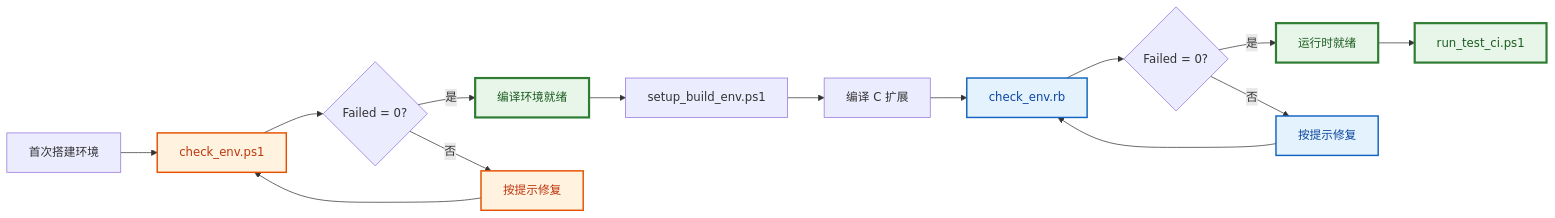
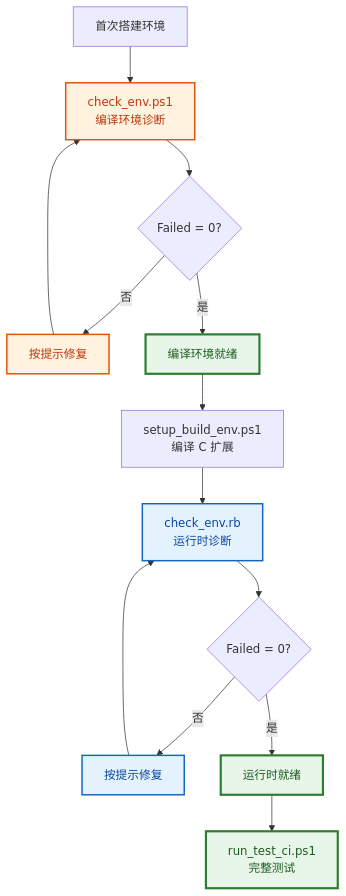
Before and after one commit to PassByYou888/LingoFuse: the tenth of 23 diagrams in ruby/README.md, drawn with Mermaid. The commit also changed other lines of this file, not shown here.

````diff
--- a/ruby/README.md
+++ b/ruby/README.md
@@ -551,27 +504,24 @@
 ```mermaid
-flowchart LR
-    A["首次搭建环境"] --> B["check_env.ps1"]
-    B --> C{"Failed = 0?"}
-    C -- "是" --> D["编译环境就绪"]
-    C -- "否" --> E["按提示修复"]
-    E --> B
-
-    D --> F["setup_build_env.ps1"]
-    F --> G["编译 C 扩展"]
-
-    G --> H["check_env.rb"]
-    H --> I{"Failed = 0?"}
-    I -- "是" --> J["运行时就绪"]
-    I -- "否" --> K["按提示修复"]
-    K --> H
-
-    J --> L["run_test_ci.ps1"]
+flowchart TD
+    Start["首次搭建环境"] --> CE1["check_env.ps1<br/>编译环境诊断"]
+    CE1 --> Q1{"Failed = 0?"}
+    Q1 -->|"否"| Fix1["按提示修复"]
+    Fix1 --> CE1
+    Q1 -->|"是"| Ready1["编译环境就绪"]
+    Ready1 --> Setup["setup_build_env.ps1<br/>编译 C 扩展"]
+    Setup --> CE2["check_env.rb<br/>运行时诊断"]
+    CE2 --> Q2{"Failed = 0?"}
+    Q2 -->|"否"| Fix2["按提示修复"]
+    Fix2 --> CE2
+    Q2 -->|"是"| Ready2["运行时就绪"]
+    Ready2 --> Test["run_test_ci.ps1<br/>完整测试"]
 
     classDef build fill:#FFF3E0,stroke:#E65100,stroke-width:2px,color:#BF360C
     classDef run fill:#E3F2FD,stroke:#1565C0,stroke-width:2px,color:#0D47A1
     classDef ok fill:#E8F5E9,stroke:#2E7D32,stroke-width:3px,color:#1B5E20
+    classDef fail fill:#FFEBEE,stroke:#C62828,stroke-width:2px,color:#B71C1C
 
-    class B,E build
-    class H,K run
-    class D,J,L ok
+    class CE1,Fix1 build
+    class CE2,Fix2 run
+    class Ready1,Ready2,Test ok
 ```
````
